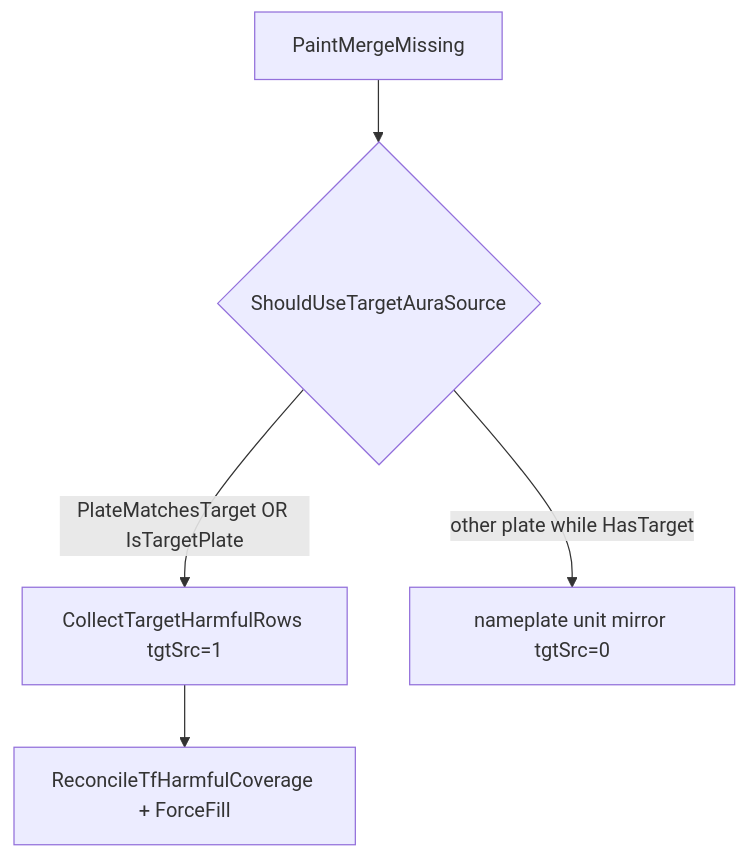
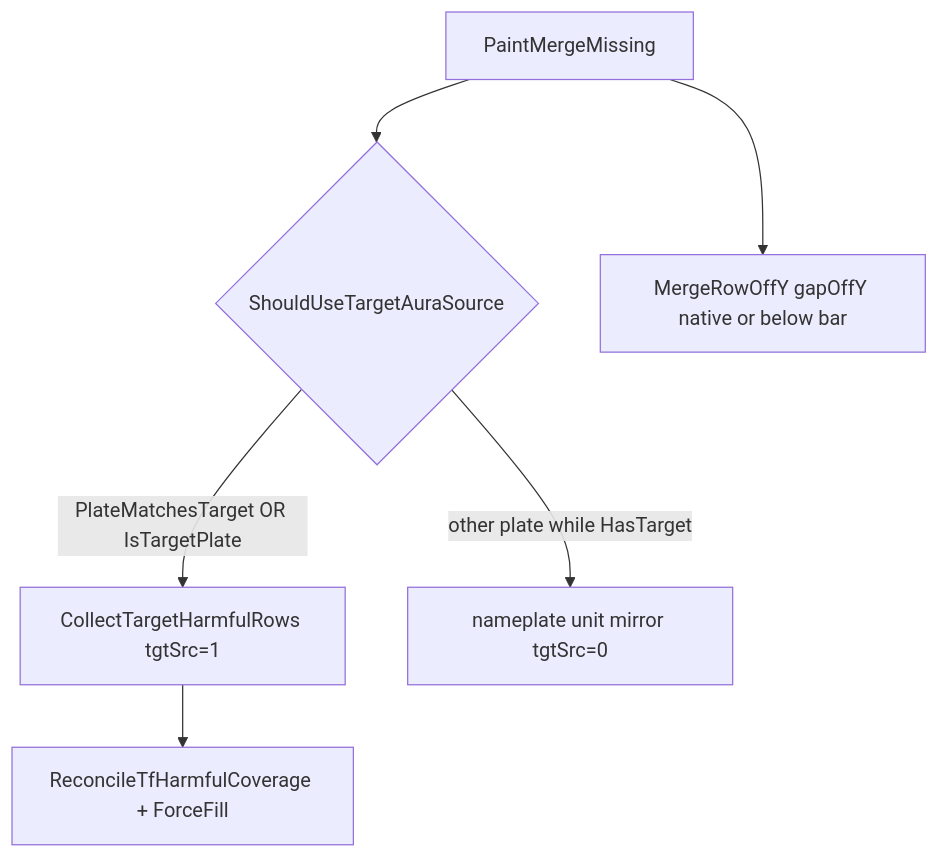
One commit to sirTurbisCZ/wow-forever-addons changed the third of 4 diagrams in addons/Plateband/Docs/loops.md. Above: the diagram before and after it, drawn with Mermaid. The commit also changed other lines of this file and 6 other files, not shown here.

First line of the commit message:
fix(Plateband): merge row gapOffY below health bar (0.3.23)

````diff
--- a/addons/Plateband/Docs/loops.md
+++ b/addons/Plateband/Docs/loops.md
@@ -39,7 +39,8 @@
 ```mermaid
 flowchart TD
   paint[PaintMergeMissing] --> gate{ShouldUseTargetAuraSource}
   gate -->|PlateMatchesTarget OR IsTargetPlate| tf[CollectTargetHarmfulRows tgtSrc=1]
   gate -->|other plate while HasTarget| unit[nameplate unit mirror tgtSrc=0]
   tf --> parity[ReconcileTfHarmfulCoverage + ForceFill]
+  paint --> offy[MergeRowOffY gapOffY native or below bar]
 ```
````
